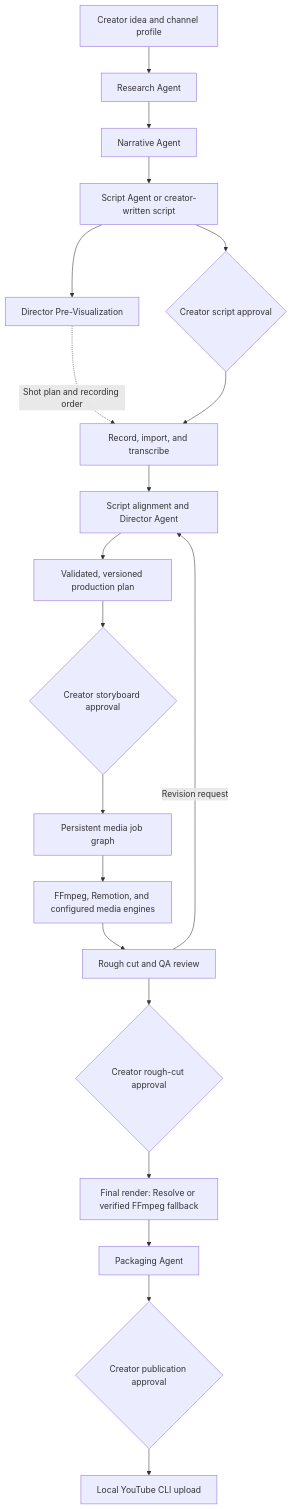
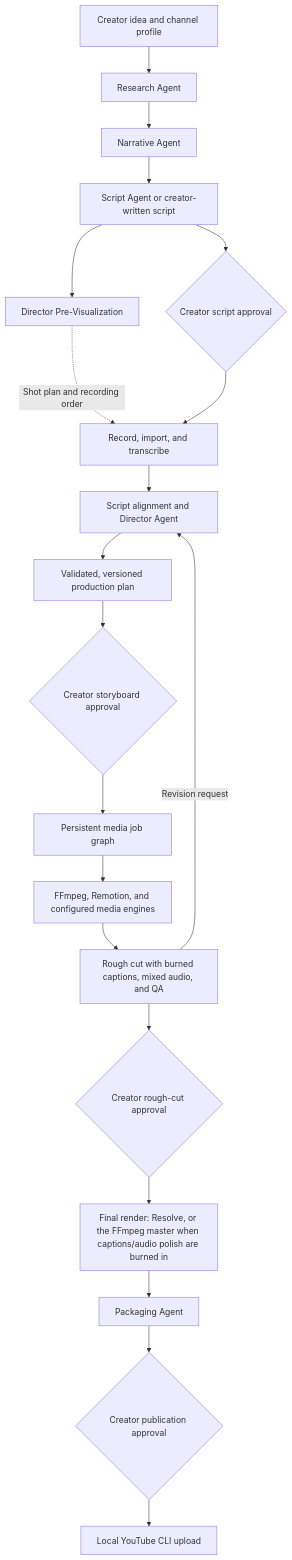
Before and after one commit to isbkch/YouTube-AI-Studio: the diagram in README.md, drawn with Mermaid. The commit also changed other lines of this file and 19 other files, not shown here.

First line of the commit message:
deliver punch-line captions exactly when they are spoken and keep every director's sound dependable

````diff
--- a/README.md
+++ b/README.md
@@ -67,22 +67,22 @@
 ```mermaid
 graph TD
     Idea[Creator idea and channel profile] --> Research[Research Agent]
     Research --> Narrative[Narrative Agent]
     Narrative --> Script[Script Agent or creator-written script]
     Script --> Prep[Director Pre-Visualization]
     Script --> ScriptGate{Creator script approval}
     Prep -. Shot plan and recording order .-> Media[Record, import, and transcribe]
     ScriptGate --> Media
     Media --> Director[Script alignment and Director Agent]
     Director --> Plan[Validated, versioned production plan]
     Plan --> StoryboardGate{Creator storyboard approval}
     StoryboardGate --> Jobs[Persistent media job graph]
     Jobs --> Workers[FFmpeg, Remotion, and configured media engines]
-    Workers --> Review[Rough cut and QA review]
+    Workers --> Review[Rough cut with burned captions, mixed audio, and QA]
     Review -->|Revision request| Director
     Review --> RoughCutGate{Creator rough-cut approval}
-    RoughCutGate --> Final[Final render: Resolve or verified FFmpeg fallback]
+    RoughCutGate --> Final["Final render: Resolve, or the FFmpeg master when captions/audio polish are burned in"]
     Final --> Packaging[Packaging Agent]
     Packaging --> PublishGate{Creator publication approval}
     PublishGate --> Upload[Local YouTube CLI upload]
 ```
````
